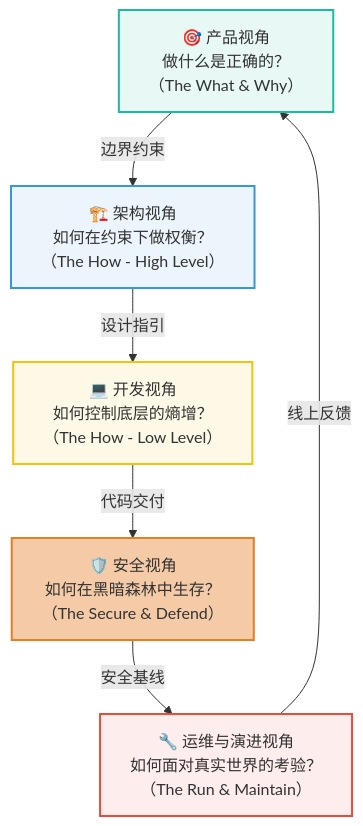
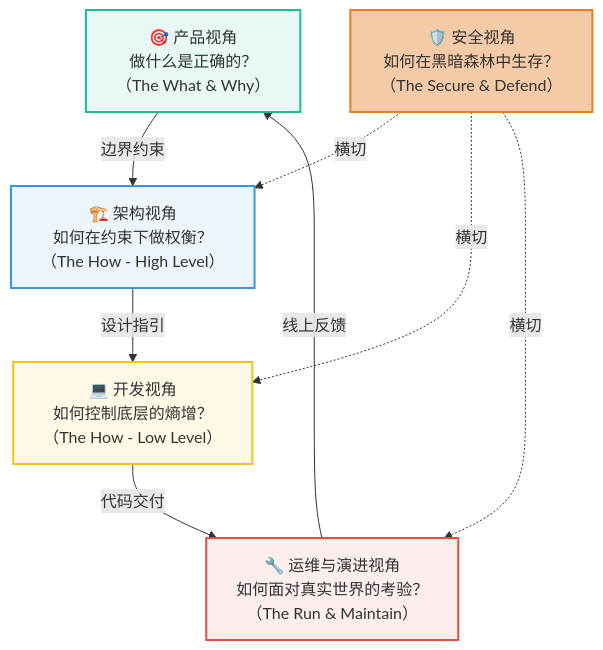
The second of 26 diagrams in content/开发学习/开发原理、套件/全域架构观：从产品定义到系统演进的决策闭环.md (BobcGn/BobcGn-Blogs), drawn with Mermaid before and after one commit. The commit also changed other lines of this file and 1 other file, not shown here.

````diff
--- a/content/开发学习/开发原理、套件/全域架构观：从产品定义到系统演进的决策闭环.md
+++ b/content/开发学习/开发原理、套件/全域架构观：从产品定义到系统演进的决策闭环.md
@@ -55,20 +55,23 @@
 ```mermaid
 flowchart TD
     P["🎯 产品视角<br/>做什么是正确的？<br/>（The What & Why）"]
     A["🏗️ 架构视角<br/>如何在约束下做权衡？<br/>（The How - High Level）"]
     D["💻 开发视角<br/>如何控制底层的熵增？<br/>（The How - Low Level）"]
     S["🛡️ 安全视角<br/>如何在黑暗森林中生存？<br/>（The Secure & Defend）"]
     O["🔧 运维与演进视角<br/>如何面对真实世界的考验？<br/>（The Run & Maintain）"]
 
     P -->|"边界约束"| A
     A -->|"设计指引"| D
-    D -->|"代码交付"| S
-    S -->|"安全基线"| O
+    D -->|"代码交付"| O
     O -->|"线上反馈"| P
+
+    S -.->|"横切"| A
+    S -.->|"横切"| D
+    S -.->|"横切"| O
 
     style P fill:#e8f8f5,stroke:#1abc9c,stroke-width:2px
     style A fill:#ebf5fb,stroke:#3498db,stroke-width:2px
     style D fill:#fef9e7,stroke:#f1c40f,stroke-width:2px
     style S fill:#f5cba7,stroke:#e67e22,stroke-width:2px
     style O fill:#fdedec,stroke:#e74c3c,stroke-width:2px
 ```
````
